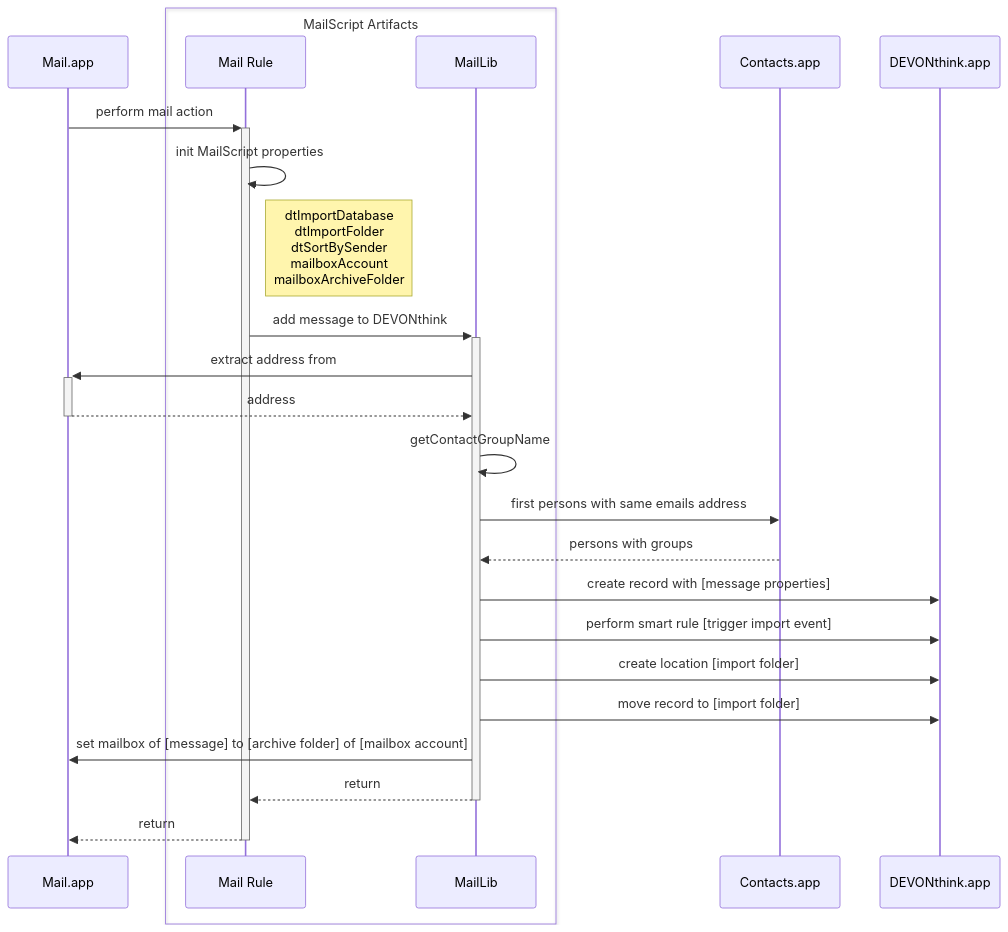
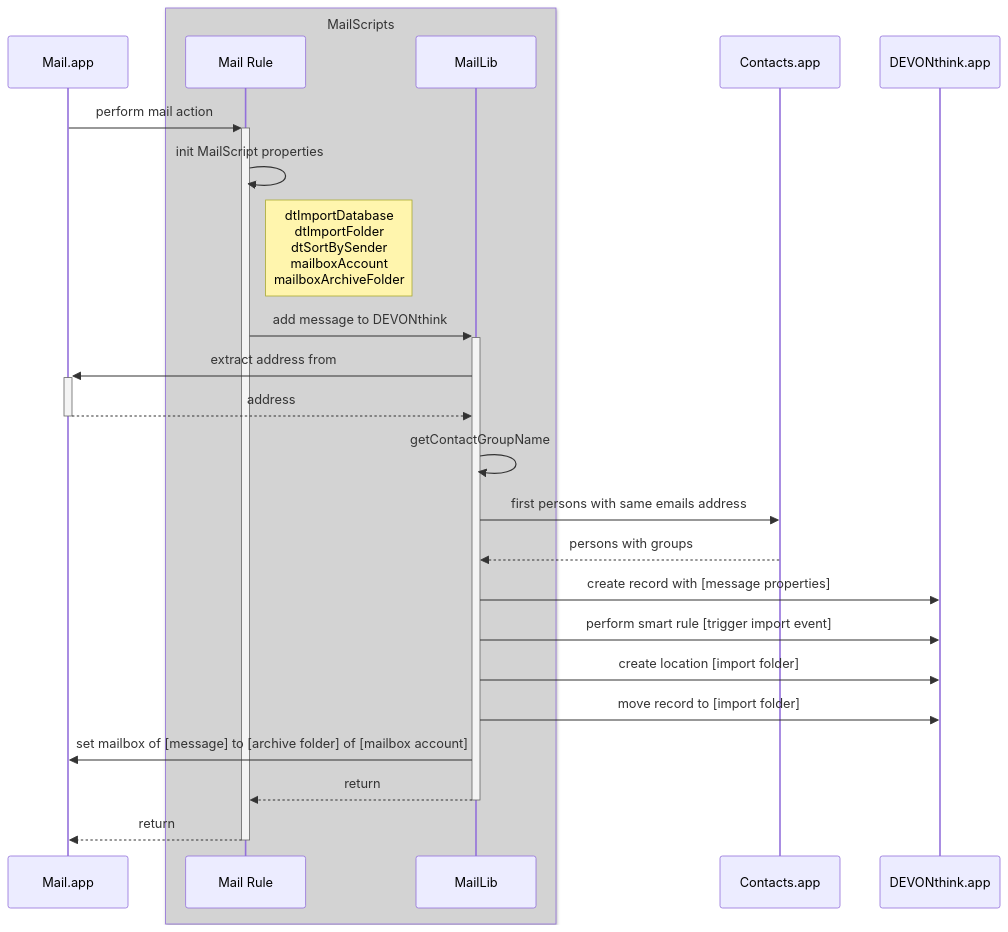
One commit to s17n/MailScripts changed the diagram in Docs/import-email-doc.md. Above: the diagram before and after it, drawn with Mermaid.

Commit message:
Some tests

````diff
--- a/Docs/import-email-doc.md
+++ b/Docs/import-email-doc.md
@@ -18,28 +18,28 @@
 ```mermaid 
 sequenceDiagram
 	participant M as Mail.app
-	box MailScript Artifacts
+	box lightgrey MailScripts
 	    participant MR as Mail Rule
     		participant ML as MailLib 
 	end
 	participant C as Contacts.app
     participant D as DEVONthink.app
 	
 	M->>+MR: perform mail action
 	MR->>MR: init MailScript properties
 	Note right of MR: dtImportDatabase <br/> dtImportFolder <br/> dtSortBySender <br/> mailboxAccount <br/> mailboxArchiveFolder
 	MR->>+ML: add message to DEVONthink
 	ML->>+M: extract address from
 	M-->>-ML: address
 	ML->>ML: getContactGroupName
 	ML->>C: first persons with same emails address
 	C-->>ML: persons with groups
 	ML->>D: create record with [message properties]
 	ML->>D: perform smart rule [trigger import event]
 	ML->>D: create location [import folder]
 	ML->>D: move record to [import folder]
 	ML->>M: set mailbox of [message] to [archive folder] of [mailbox account]
 	ML-->>-MR: return
 	MR-->>-M: return
 	
 ```
````
